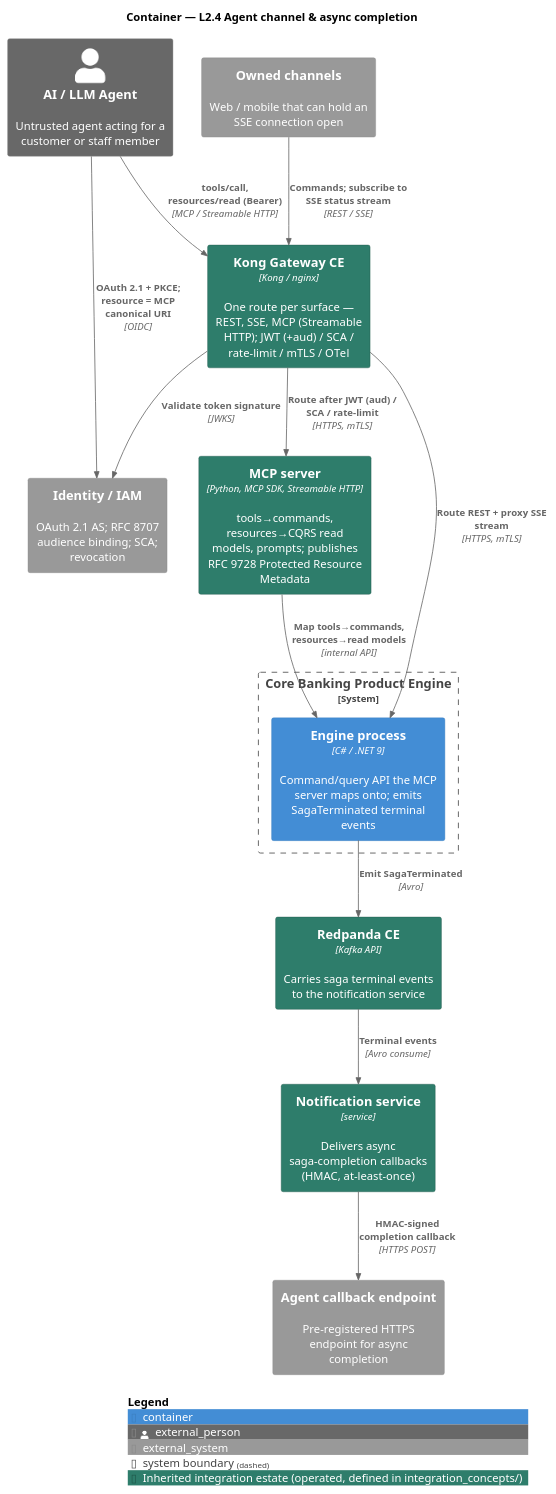
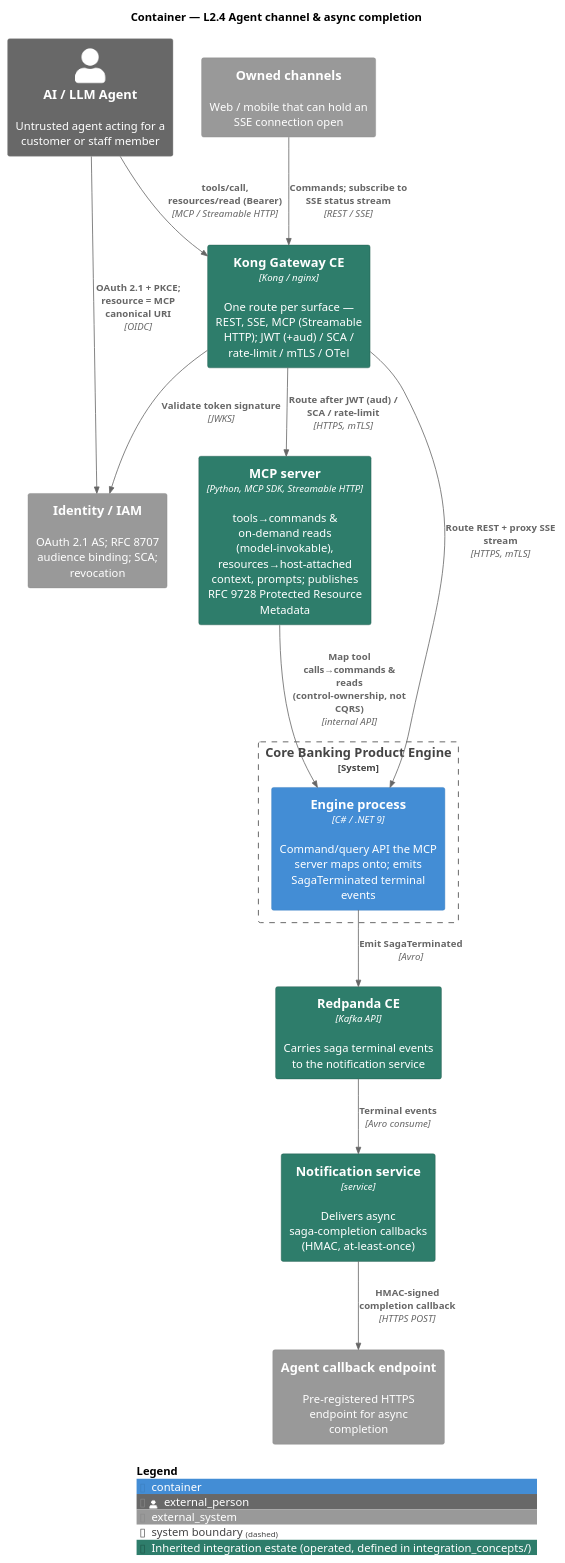
The diagram in docs/product-management/product_concepts/diagrams/c4-l2-agent-channel.puml (jhosm/archie), drawn with PlantUML before and after one commit. The commit also changed 11 other files, not shown here.

First line of the commit message:
feat(mcp): expose deposit read as get_deposit tool, not a resource (bd babelstone-2d12)

```diff
--- a/docs/product-management/product_concepts/diagrams/c4-l2-agent-channel.puml
+++ b/docs/product-management/product_concepts/diagrams/c4-l2-agent-channel.puml
@@ -1,37 +1,37 @@
 @startuml c4-l2-agent-channel
 ' Source of truth for Level 2.4 in ../feature-design-c4-architecture.md.
 ' Regenerate: plantuml -tsvg <this file>
 !include <C4/C4_Container>
 ' Remote fallback: !include https://raw.githubusercontent.com/plantuml-stdlib/C4-PlantUML/master/C4_Container.puml
 
 AddElementTag("estate", $bgColor="#2E7D6B", $fontColor="#FFFFFF", $borderColor="#1F5749", $legendText="Inherited integration estate (operated, defined in integration_concepts/)")
 
 title Container — L2.4 Agent channel & async completion
 
 Person_Ext(agent, "AI / LLM Agent", "Untrusted agent acting for a customer or staff member")
 System_Ext(channels, "Owned channels", "Web / mobile that can hold an SSE connection open")
 System_Ext(iam, "Identity / IAM", "OAuth 2.1 AS; RFC 8707 audience binding; SCA; revocation")
 System_Ext(subscriber, "Agent callback endpoint", "Pre-registered HTTPS endpoint for async completion")
 
 Container(kong, "Kong Gateway CE", "Kong / nginx", "One route per surface — REST, SSE, MCP (Streamable HTTP); JWT (+aud) / SCA / rate-limit / mTLS / OTel", $tags="estate")
-Container(mcp, "MCP server", "Python, MCP SDK, Streamable HTTP", "tools→commands, resources→CQRS read models, prompts; publishes RFC 9728 Protected Resource Metadata", $tags="estate")
+Container(mcp, "MCP server", "Python, MCP SDK, Streamable HTTP", "tools→commands & on-demand reads (model-invokable), resources→host-attached context, prompts; publishes RFC 9728 Protected Resource Metadata", $tags="estate")
 Container(redpanda, "Redpanda CE", "Kafka API", "Carries saga terminal events to the notification service", $tags="estate")
 Container(notify, "Notification service", "service", "Delivers async saga-completion callbacks (HMAC, at-least-once)", $tags="estate")
 
 System_Boundary(engine_sys, "Core Banking Product Engine") {
   Container(engine, "Engine process", "C# / .NET 9", "Command/query API the MCP server maps onto; emits SagaTerminated terminal events")
 }
 
 Rel(agent, iam, "OAuth 2.1 + PKCE; resource = MCP canonical URI", "OIDC")
 Rel(agent, kong, "tools/call, resources/read (Bearer)", "MCP / Streamable HTTP")
 Rel(channels, kong, "Commands; subscribe to SSE status stream", "REST / SSE")
 Rel(kong, iam, "Validate token signature", "JWKS")
 Rel(kong, mcp, "Route after JWT (aud) / SCA / rate-limit", "HTTPS, mTLS")
 Rel(kong, engine, "Route REST + proxy SSE stream", "HTTPS, mTLS")
-Rel(mcp, engine, "Map tools→commands, resources→read models", "internal API")
+Rel(mcp, engine, "Map tool calls→commands & reads (control-ownership, not CQRS)", "internal API")
 Rel(engine, redpanda, "Emit SagaTerminated", "Avro")
 Rel(redpanda, notify, "Terminal events", "Avro consume")
 Rel(notify, subscriber, "HMAC-signed completion callback", "HTTPS POST")
 
 SHOW_LEGEND()
 @enduml
```
